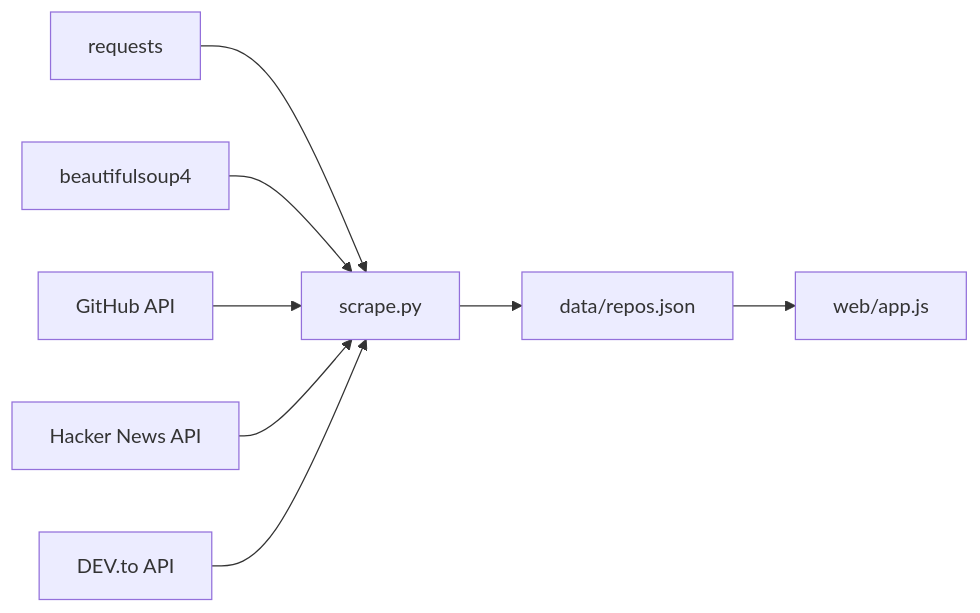
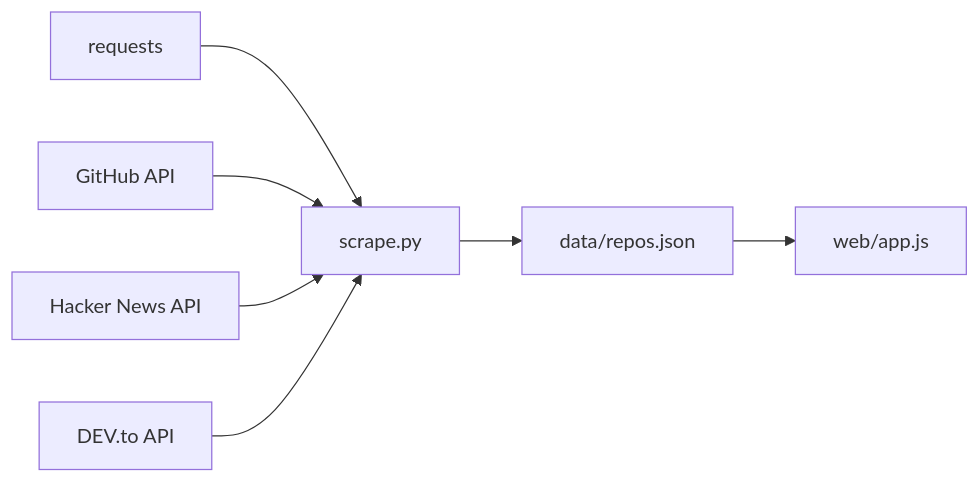
One commit to allengaller/repo-database changed diagram 11 of 11 in .qoder/repowiki/zh/content/数据聚合系统/数据聚合系统.md. Above: the diagram before and after it, drawn with Mermaid. The commit also changed other lines of this file and 38 other files, not shown here.

````diff
--- a/.qoder/repowiki/zh/content/数据聚合系统/数据聚合系统.md
+++ b/.qoder/repowiki/zh/content/数据聚合系统/数据聚合系统.md
@@ -370,10 +433,9 @@
 ```mermaid
 graph LR
 Req["requests"] --> Scrape["scrape.py"]
-BS4["beautifulsoup4"] --> Scrape
 GH["GitHub API"] --> Scrape
 HN["Hacker News API"] --> Scrape
 DEV["DEV.to API"] --> Scrape
 Scrape --> JSON["data/repos.json"]
 JSON --> Web["web/app.js"]
 ```
````
